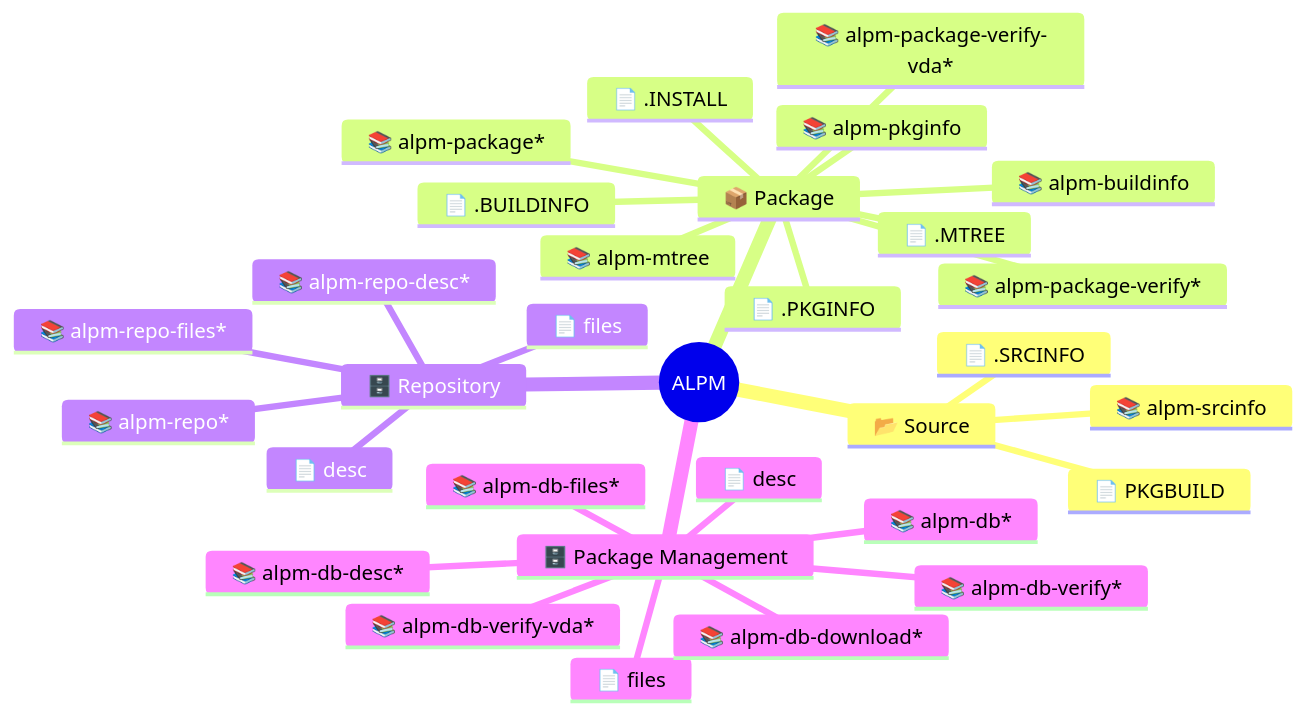
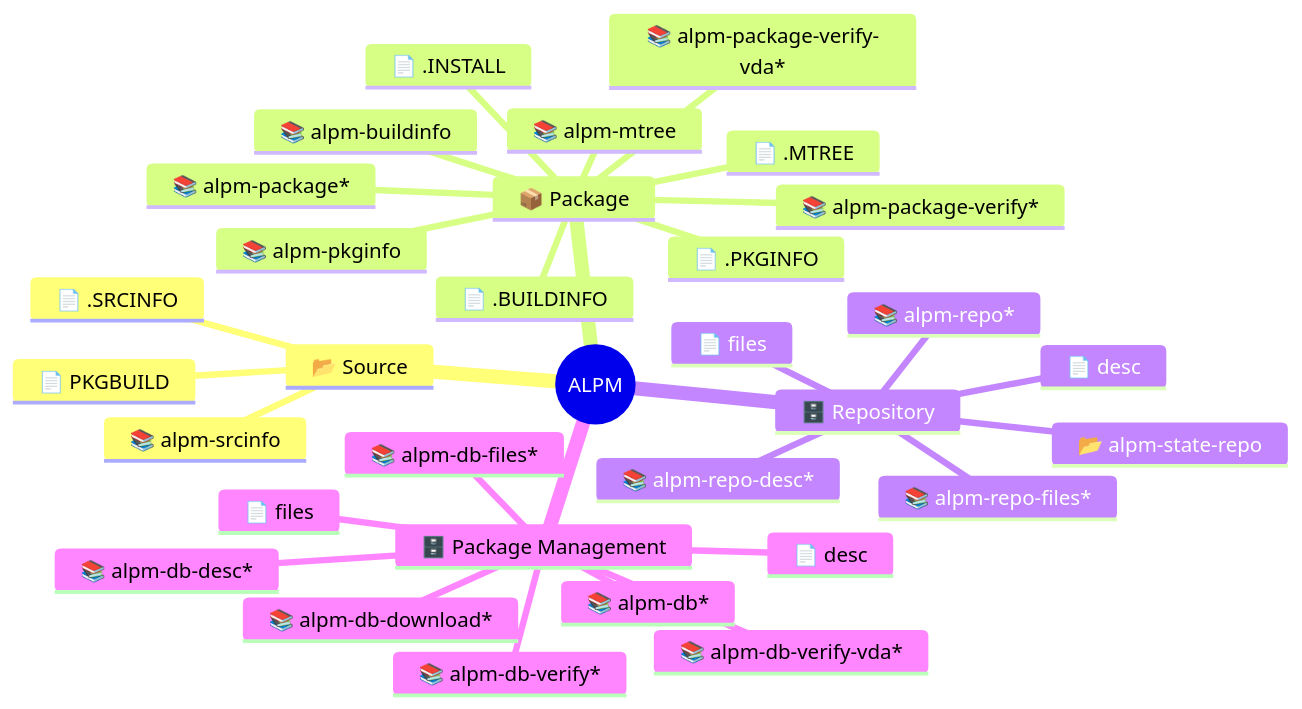
Before and after one commit to archlinux/alpm: the diagram in README.md, drawn with Mermaid. The commit also changed 2 other files, not shown here.

Commit message:
docs: Add alpm-state-repo specification
Fixes #145

````diff
--- a/README.md
+++ b/README.md
@@ -23,34 +23,35 @@
 ```mermaid
 mindmap
   root((ALPM))
     📂 Source
       📄 PKGBUILD
       📄 .SRCINFO
       📚️ alpm-srcinfo
     📦 Package
       📄 .BUILDINFO
       📄 .PKGINFO
       📄 .INSTALL
       📄 .MTREE
       📚️ alpm-buildinfo
       📚️ alpm-pkginfo
       📚️ alpm-mtree
       📚️ alpm-package*
       📚️ alpm-package-verify*
       📚️ alpm-package-verify-vda*
     🗄️ Repository
       📄 desc
       📄 files
       📚️ alpm-repo*
       📚️ alpm-repo-desc*
       📚️ alpm-repo-files*
+      📂 alpm-state-repo
     🗄️ Package Management
       📄 desc
       📄 files
       📚️ alpm-db*
       📚️ alpm-db-desc*
       📚️ alpm-db-download*
       📚️ alpm-db-files*
       📚️ alpm-db-verify*
       📚️ alpm-db-verify-vda*
 ```
````
